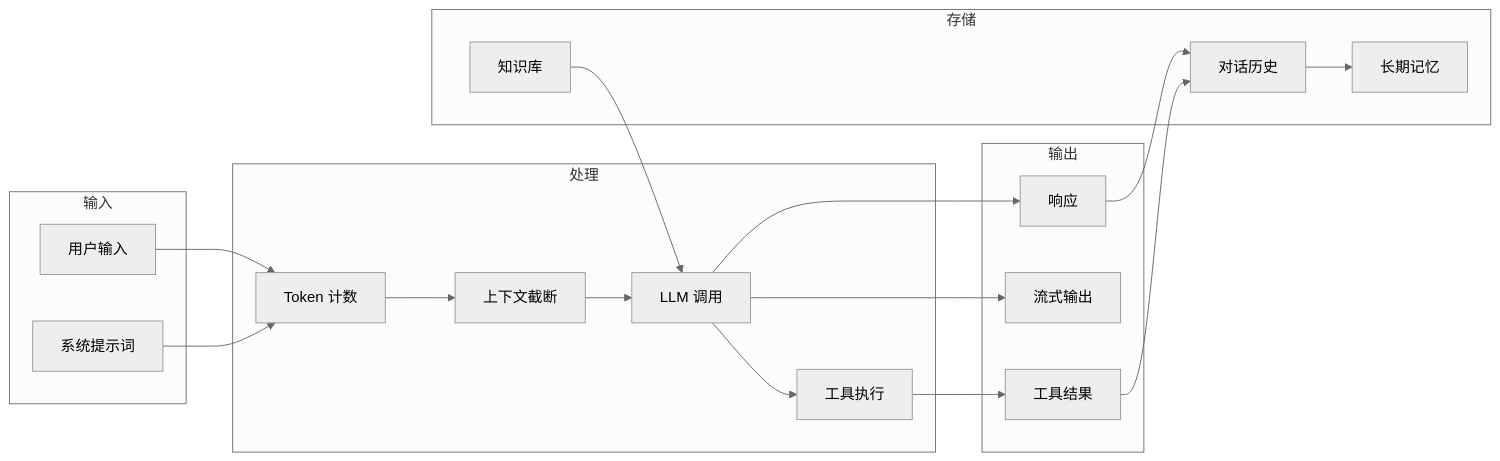
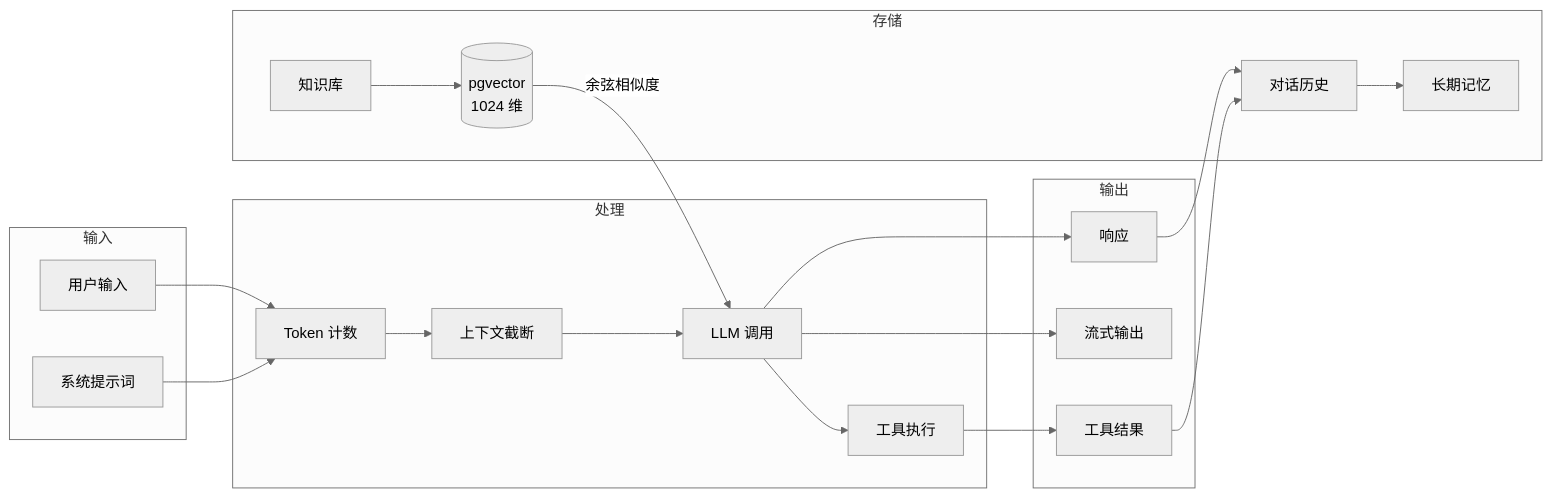
Before and after one commit to jonykchen/agent-platform: the fourth of 5 diagrams in docs/architecture-overview.md, drawn with Mermaid (neutral theme). The commit also changed other lines of this file and 4 other files, not shown here.

````diff
--- a/docs/architecture-overview.md
+++ b/docs/architecture-overview.md
@@ -124,39 +161,41 @@
 ```mermaid
 graph LR
     subgraph "输入"
         UserInput[用户输入]
         SystemPrompt[系统提示词]
     end
 
     subgraph "处理"
         TokenCounter[Token 计数]
         ContextTruncation[上下文截断]
         LLMCall[LLM 调用]
         ToolExecution[工具执行]
     end
 
     subgraph "输出"
         Response[响应]
         Streaming[流式输出]
         ToolResults[工具结果]
     end
 
     subgraph "存储"
         ConversationHistory[对话历史]
         LongTermMemory[长期记忆]
         KnowledgeBase[知识库]
+        VectorDB[(pgvector<br/>1024 维)]
     end
 
     UserInput --> TokenCounter
     SystemPrompt --> TokenCounter
     TokenCounter --> ContextTruncation
     ContextTruncation --> LLMCall
     LLMCall --> Response
     LLMCall --> Streaming
     LLMCall --> ToolExecution
     ToolExecution --> ToolResults
     Response --> ConversationHistory
     ToolResults --> ConversationHistory
     ConversationHistory --> LongTermMemory
-    KnowledgeBase --> LLMCall
+    KnowledgeBase --> VectorDB
+    VectorDB -->|余弦相似度| LLMCall
 ```
````
